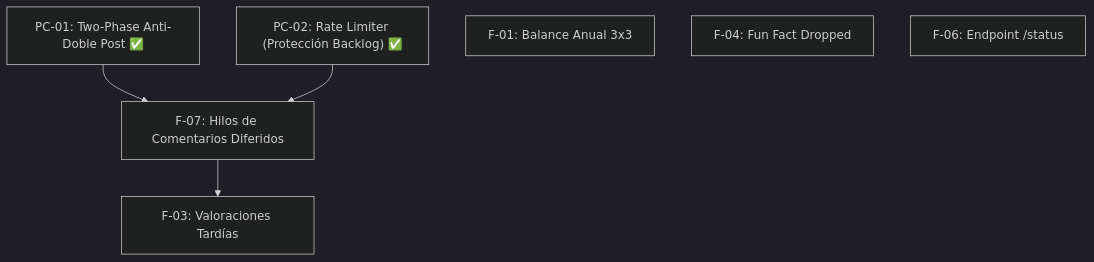
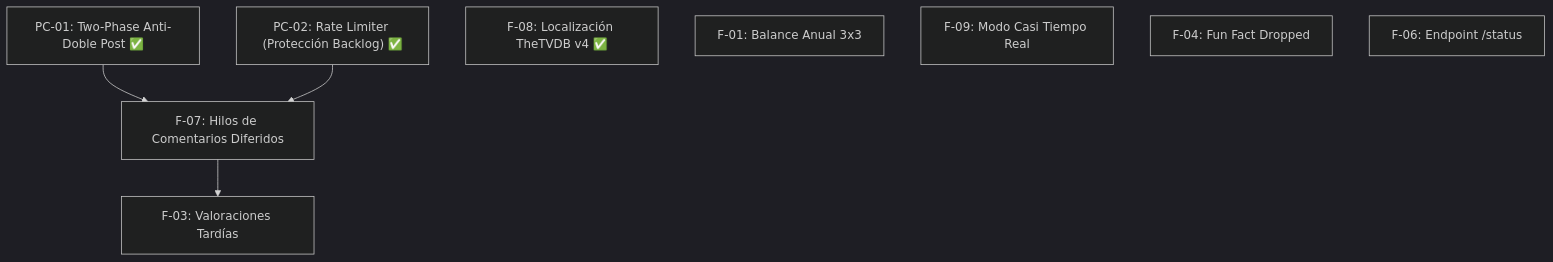
Before and after one commit to insaid-code/bsky-media-scrobbler: the second of 2 diagrams in ROADMAP.md, drawn with Mermaid (dark theme). The commit also changed other lines of this file and 15 other files, not shown here.

````diff
--- a/ROADMAP.md
+++ b/ROADMAP.md
@@ -294,9 +337,11 @@
 ```mermaid
 graph TD
     PC01["PC-01: Two-Phase Anti-Doble Post ✅"] --> F07["F-07: Hilos de Comentarios Diferidos"]
     PC02["PC-02: Rate Limiter (Protección Backlog) ✅"] --> F07
+    F08["F-08: Localización TheTVDB v4 ✅"]
     F07 --> F03["F-03: Valoraciones Tardías"]
     F01["F-01: Balance Anual 3x3"]
+    F09["F-09: Modo Casi Tiempo Real"]
     F04["F-04: Fun Fact Dropped"]
     F06["F-06: Endpoint /status"]
 ```
````
